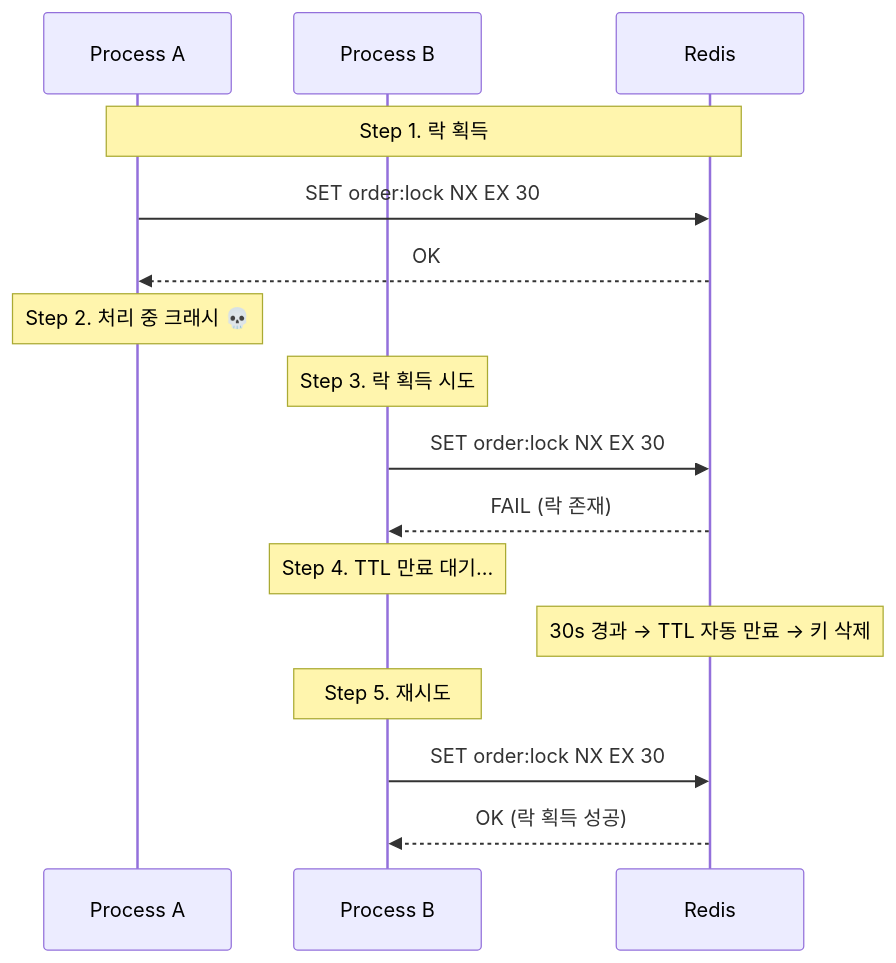
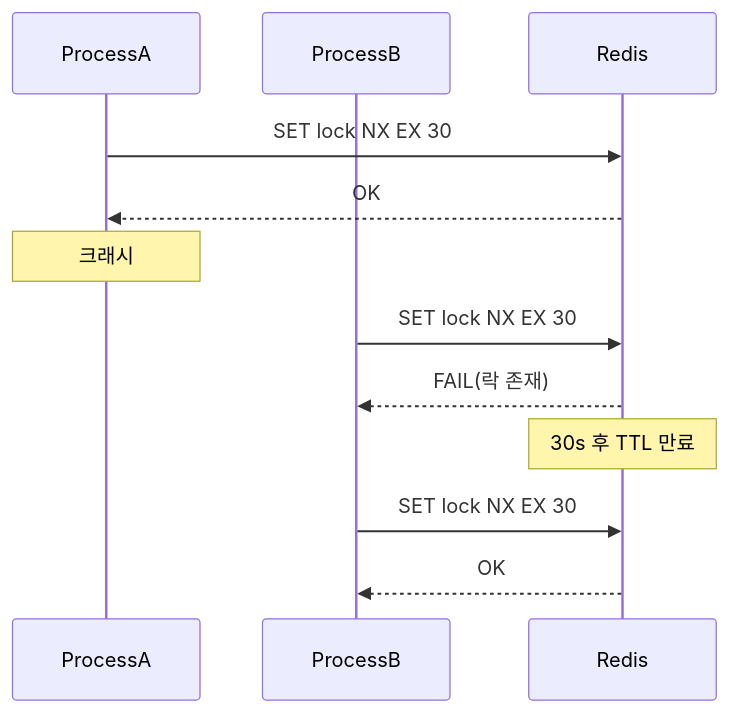
One commit to yjkim2015/yjkim2015.github.io changed the ninth of 15 diagrams in _posts/redis/2026-05-01-redis-distributed-lock.md. Above: the diagram before and after it, drawn with Mermaid. The commit also changed other lines of this file and 215 other files, not shown here.

First line of the commit message:
신규 포스트 10개 추가 + Mermaid 전면 축소 + SystemDesign 시리즈 보강

````diff
--- a/_posts/redis/2026-05-01-redis-distributed-lock.md
+++ b/_posts/redis/2026-05-01-redis-distributed-lock.md
@@ -694,23 +617,14 @@
 ```mermaid
 sequenceDiagram
-    participant A as Process A
-    participant B as Process B
+    participant A as ProcessA
+    participant B as ProcessB
     participant R as Redis
-
-    Note over A,R: Step 1. 락 획득
-    A->>R: SET order:lock NX EX 30
+    A->>R: SET lock NX EX 30
     R-->>A: OK
-
-    Note over A: Step 2. 처리 중 크래시 💀
-
-    Note over B: Step 3. 락 획득 시도
-    B->>R: SET order:lock NX EX 30
-    R-->>B: FAIL (락 존재)
-
-    Note over B: Step 4. TTL 만료 대기...
-    Note over R: 30s 경과 → TTL 자동 만료 → 키 삭제
-
-    Note over B: Step 5. 재시도
-    B->>R: SET order:lock NX EX 30
-    R-->>B: OK (락 획득 성공)
+    Note over A: 크래시
+    B->>R: SET lock NX EX 30
+    R-->>B: FAIL(락 존재)
+    Note over R: 30s 후 TTL 만료
+    B->>R: SET lock NX EX 30
+    R-->>B: OK
 ```
````
